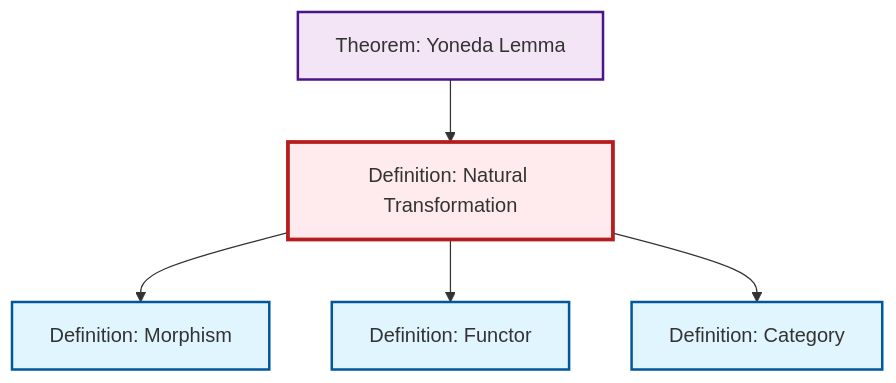
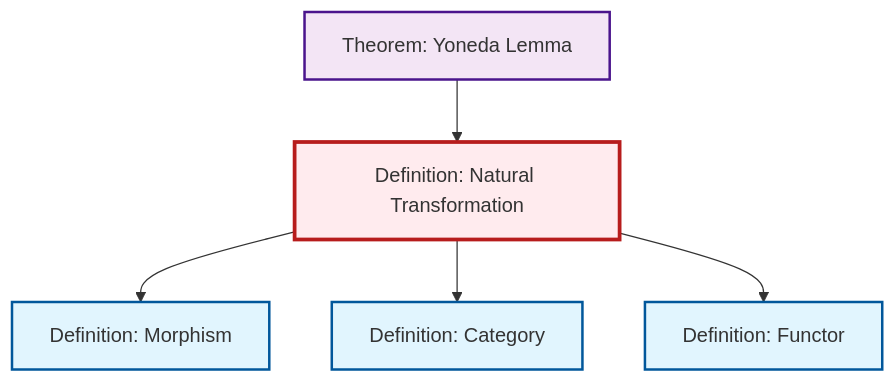
Before and after one commit to RK0429/ModernMath: the diagram in content/en/category-theory/def-natural-transformation.qmd, drawn with Mermaid. The commit also changed other lines of this file and 1012 other files, not shown here.

````diff
--- a/content/en/category-theory/def-natural-transformation.qmd
+++ b/content/en/category-theory/def-natural-transformation.qmd
@@ -59,23 +59,23 @@
 ```{mermaid}
 %%| fig-cap: "Local dependency graph"
 graph TD
     classDef definition fill:#e1f5fe,stroke:#01579b,stroke-width:2px
     classDef theorem fill:#f3e5f5,stroke:#4a148c,stroke-width:2px
     classDef axiom fill:#fff3e0,stroke:#e65100,stroke-width:2px
     classDef example fill:#e8f5e9,stroke:#1b5e20,stroke-width:2px
     classDef current fill:#ffebee,stroke:#b71c1c,stroke-width:3px
+    def-natural-transformation["Definition: Natural Transformation"]:::definition
+    thm-yoneda["Theorem: Yoneda Lemma"]:::theorem
     def-category["Definition: Category"]:::definition
-    thm-yoneda["Theorem: Yoneda Lemma"]:::theorem
-    def-natural-transformation["Definition: Natural Transformation"]:::definition
+    def-functor["Definition: Functor"]:::definition
     def-morphism["Definition: Morphism"]:::definition
-    def-functor["Definition: Functor"]:::definition
+    def-natural-transformation --> def-morphism
     thm-yoneda --> def-natural-transformation
-    def-natural-transformation --> def-morphism
+    def-natural-transformation --> def-category
     def-natural-transformation --> def-functor
-    def-natural-transformation --> def-category
     class def-natural-transformation current
+    click thm-yoneda "thm-yoneda.html" "Go to Yoneda Lemma theorem"
     click def-category "def-category.html" "Go to Category definition"
-    click thm-yoneda "thm-yoneda.html" "Go to Yoneda Lemma theorem"
+    click def-functor "def-functor.html" "Go to Functor definition"
     click def-morphism "def-morphism.html" "Go to Morphism definition"
-    click def-functor "def-functor.html" "Go to Functor definition"
 ```
````
